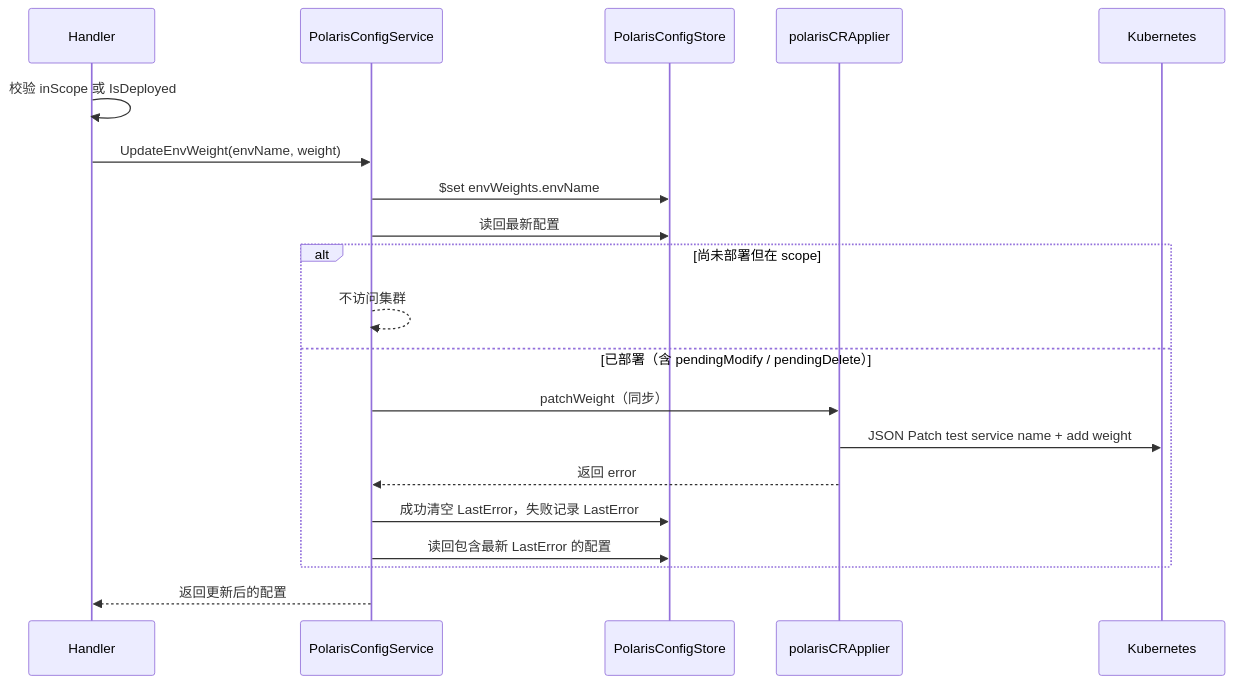
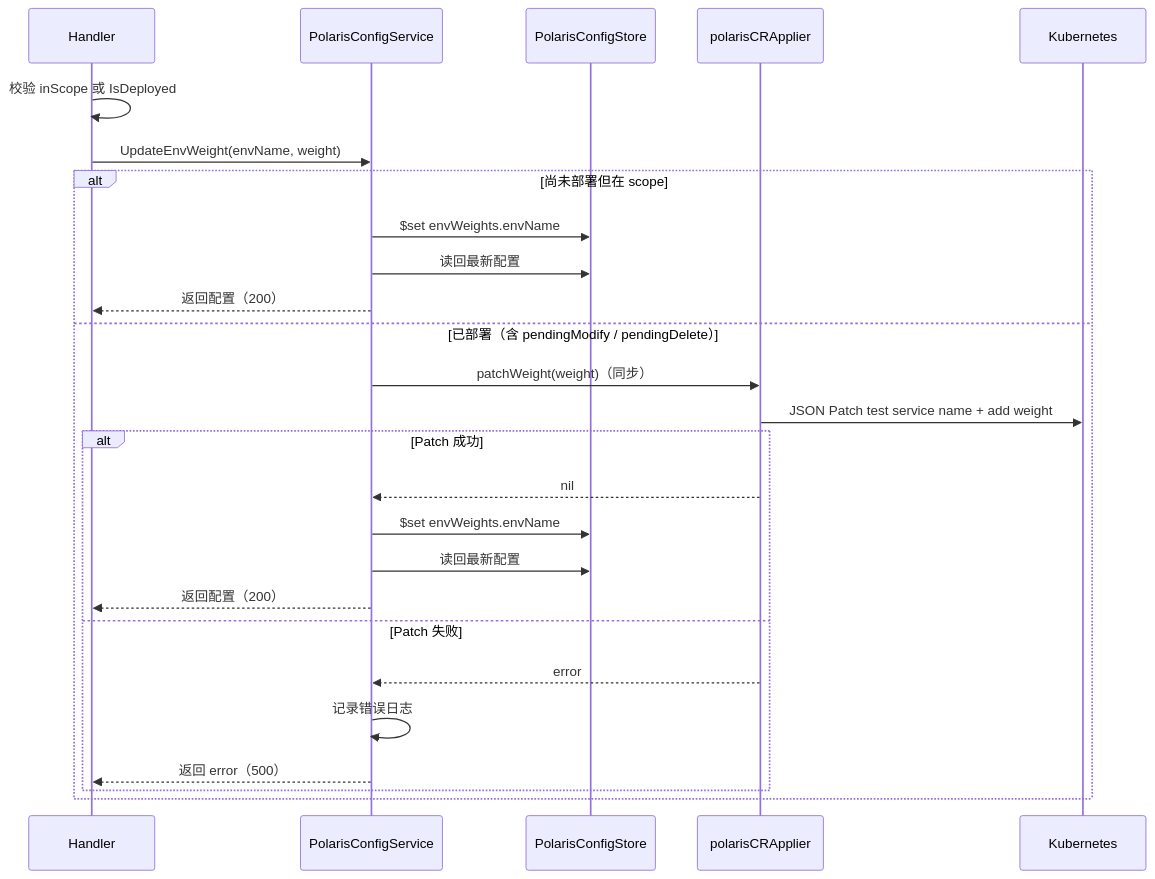
One commit to TencentBlueKing/blueking-service-governance changed the third of 3 diagrams in bkms-server/design_notes/polaris_config_auto_sync.md. Above: the diagram before and after it, drawn with Mermaid. The commit also changed other lines of this file and 8 other files, not shown here.

````diff
--- a/bkms-server/design_notes/polaris_config_auto_sync.md
+++ b/bkms-server/design_notes/polaris_config_auto_sync.md
@@ -212,23 +212,29 @@
 ```mermaid
 sequenceDiagram
     participant API as Handler
     participant Service as PolarisConfigService
     participant Store as PolarisConfigStore
     participant Applier as polarisCRApplier
     participant K8s as Kubernetes
 
     API->>API: 校验 inScope 或 IsDeployed
     API->>Service: UpdateEnvWeight(envName, weight)
-    Service->>Store: $set envWeights.envName
-    Service->>Store: 读回最新配置
     alt 尚未部署但在 scope
-        Service-->>Service: 不访问集群
+        Service->>Store: $set envWeights.envName
+        Service->>Store: 读回最新配置
+        Service-->>API: 返回配置（200）
     else 已部署（含 pendingModify / pendingDelete）
-        Service->>Applier: patchWeight（同步）
+        Service->>Applier: patchWeight(weight)（同步）
         Applier->>K8s: JSON Patch test service name + add weight
-        Applier-->>Service: 返回 error
-        Service->>Store: 成功清空 LastError，失败记录 LastError
-        Service->>Store: 读回包含最新 LastError 的配置
+        alt Patch 成功
+            Applier-->>Service: nil
+            Service->>Store: $set envWeights.envName
+            Service->>Store: 读回最新配置
+            Service-->>API: 返回配置（200）
+        else Patch 失败
+            Applier-->>Service: error
+            Service->>Service: 记录错误日志
+            Service-->>API: 返回 error（500）
+        end
     end
-    Service-->>API: 返回更新后的配置
 ```
````
